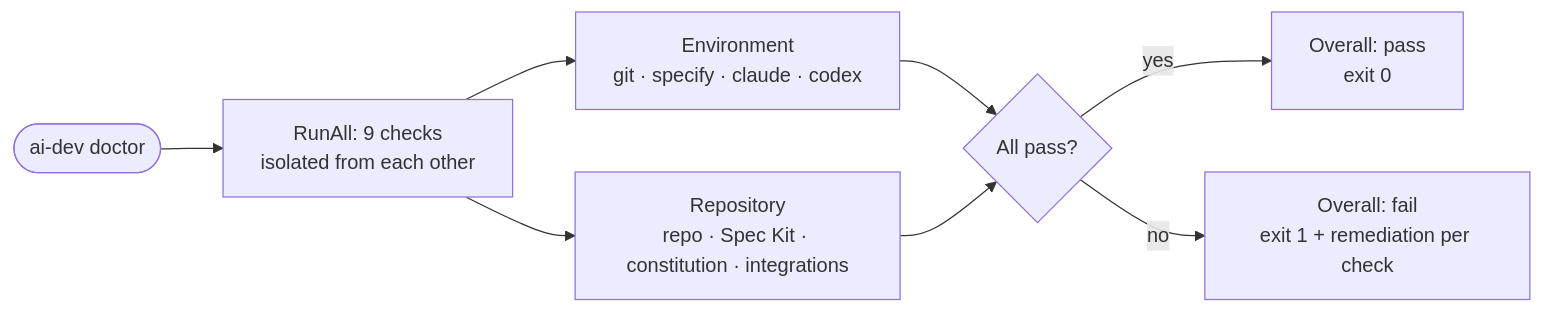
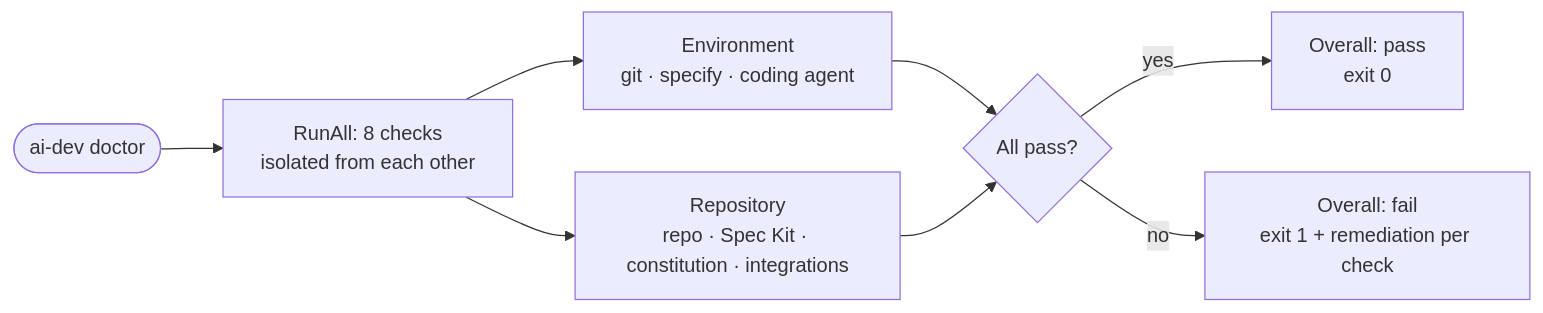
The third of 15 diagrams in README.md (germanmunozs/ai-dev), drawn with Mermaid before and after one commit. The commit also changed other lines of this file and 41 other files, not shown here.

First line of the commit message:
feat(013): expand the coding-agent catalog to eight agents

````diff
--- a/README.md
+++ b/README.md
@@ -331,9 +328,9 @@
 ```mermaid
 flowchart LR
-    start(["ai-dev doctor"]) --> run["RunAll: 9 checks<br/>isolated from each other"]
-    run --> c1["Environment<br/>git · specify · claude · codex"]
+    start(["ai-dev doctor"]) --> run["RunAll: 8 checks<br/>isolated from each other"]
+    run --> c1["Environment<br/>git · specify · coding agent"]
     run --> c2["Repository<br/>repo · Spec Kit · constitution · integrations"]
     c1 & c2 --> agg{"All pass?"}
     agg -- yes --> ok["Overall: pass<br/>exit 0"]
     agg -- no --> ko["Overall: fail<br/>exit 1 + remediation per check"]
 ```
````
